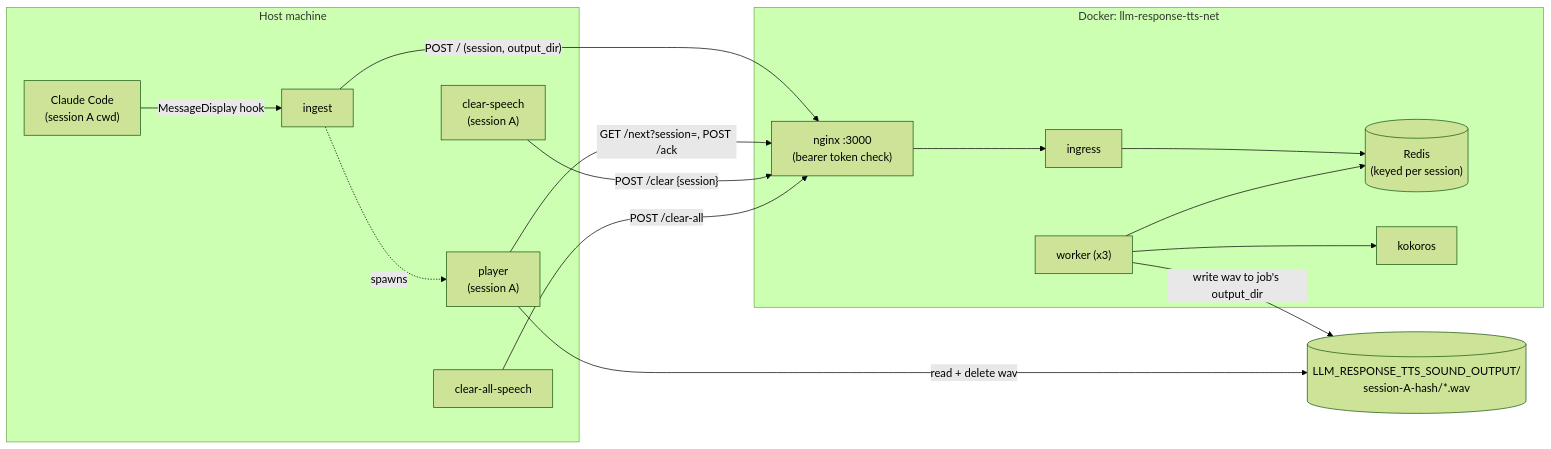
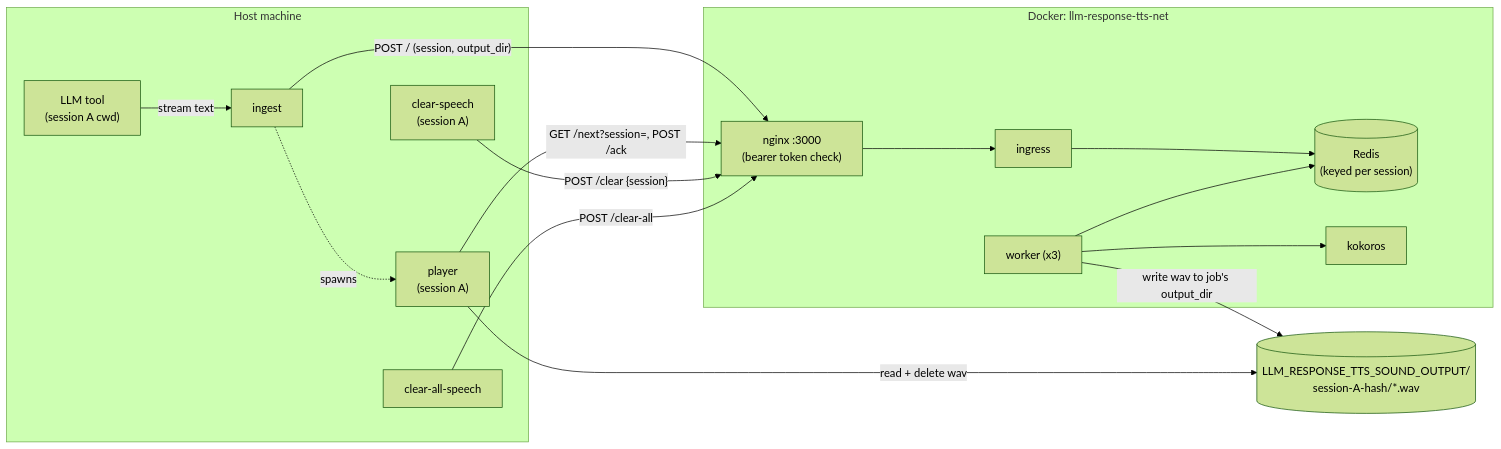
The first of 2 diagrams in docs/architecture.md (xliang01dev/llm-response-tts), drawn with Mermaid (forest theme) before and after one commit. The commit also changed other lines of this file and 2 other files, not shown here.

First line of the commit message:
README/docs: retitle to 'LLM Text to Voice', decouple design from Claude specifically

````diff
--- a/docs/architecture.md
+++ b/docs/architecture.md
@@ -25,25 +25,25 @@
 ```mermaid
 graph LR
     subgraph Host["Host machine"]
-        CC["Claude Code<br/>(session A cwd)"] -->|"MessageDisplay hook"| I["ingest"]
+        CC["LLM tool<br/>(session A cwd)"] -->|"stream text"| I["ingest"]
         I -.spawns.-> P["player<br/>(session A)"]
         CS["clear-speech<br/>(session A)"]
         CAS["clear-all-speech"]
     end
 
     subgraph Docker["Docker: llm-response-tts-net"]
         N["nginx :3000<br/>(bearer token check)"] --> IG["ingress"]
         IG --> R[("Redis<br/>(keyed per session)")]
         W["worker (x3)"] --> R
         W --> K["kokoros"]
     end
 
     SO[("LLM_RESPONSE_TTS_SOUND_OUTPUT/<br/>session-A-hash/*.wav")]
 
     I -->|"POST / (session, output_dir)"| N
     P -->|"GET /next?session=, POST /ack"| N
     CS -->|"POST /clear {session}"| N
     CAS -->|"POST /clear-all"| N
     W -->|"write wav to job's output_dir"| SO
     P -->|"read + delete wav"| SO
 ```
````
